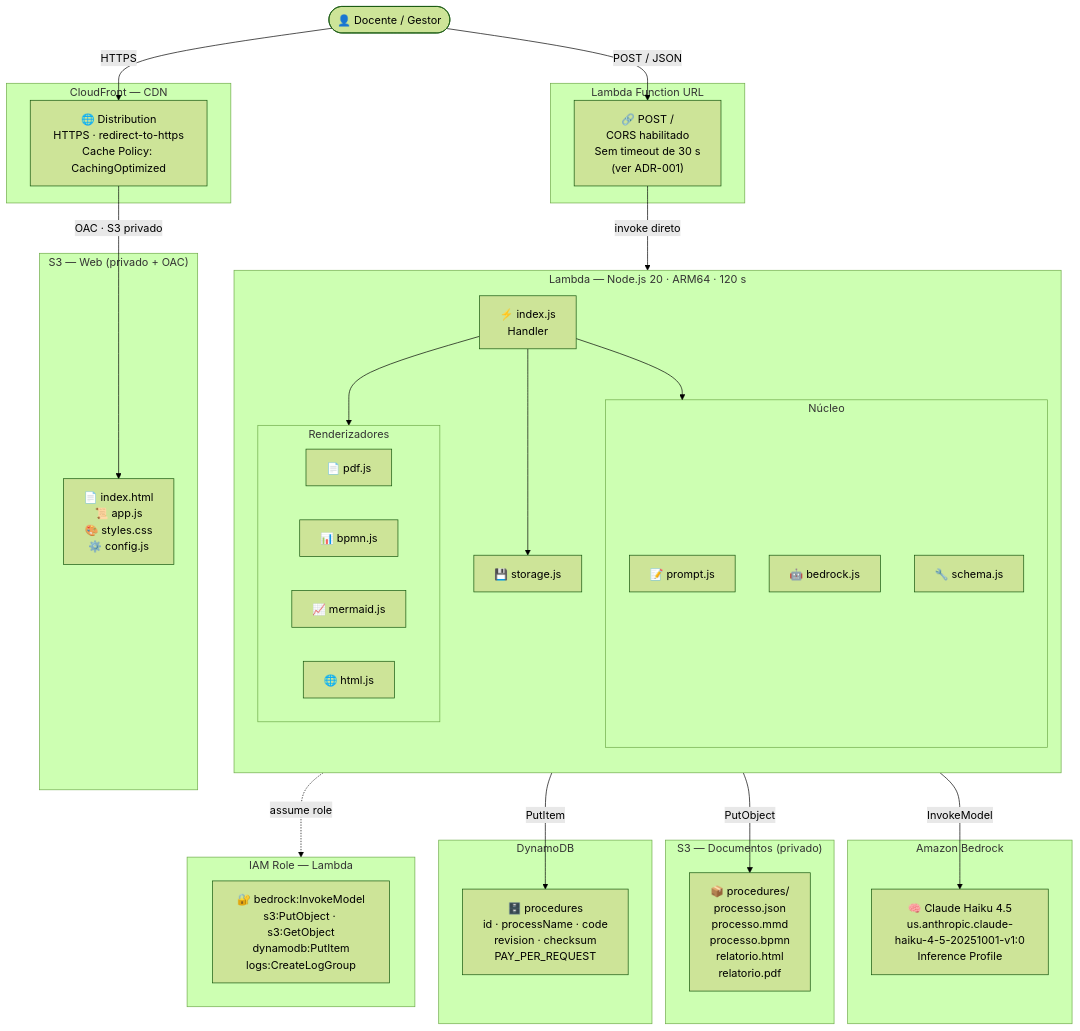
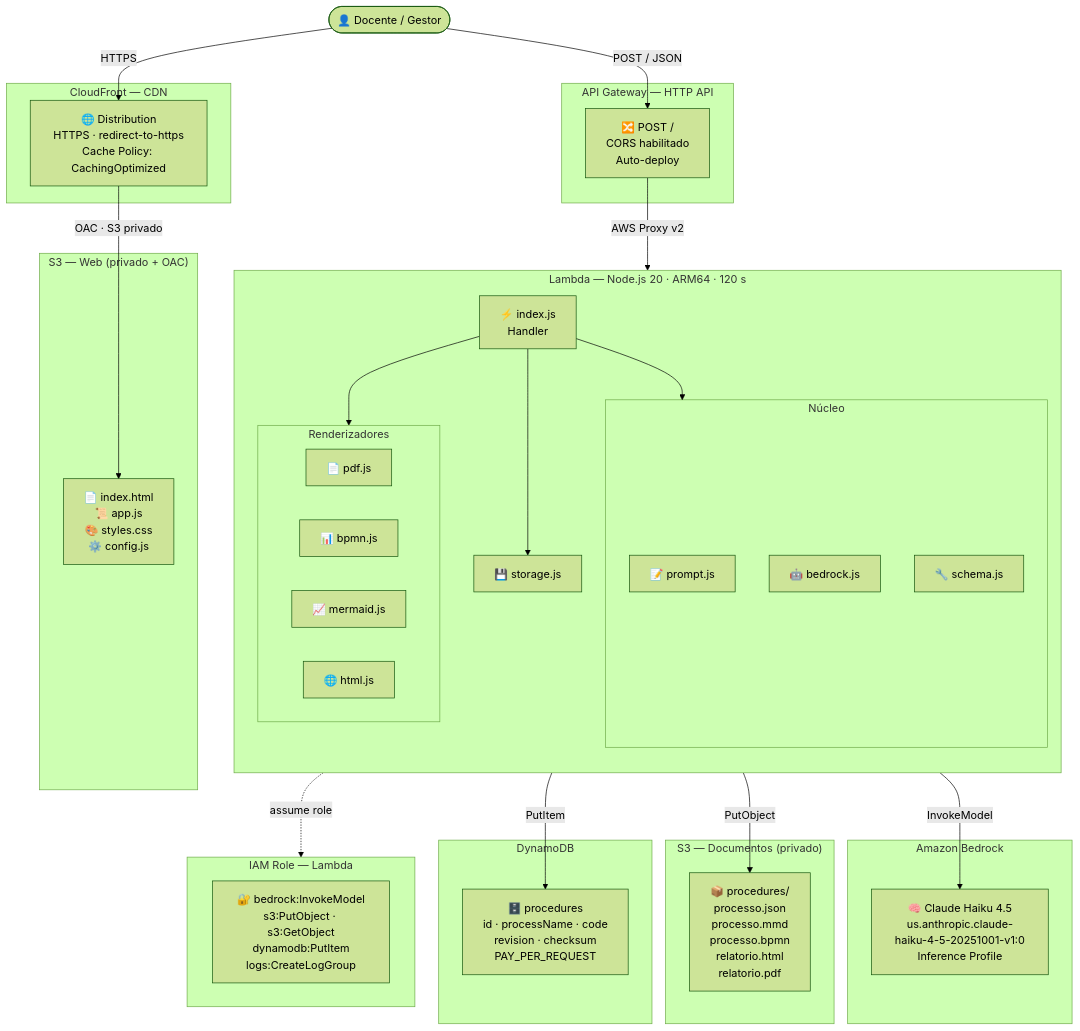
Before and after one commit to rafae1xavier/pop-ia: the fourth of 5 diagrams in README.md, drawn with Mermaid (forest theme). The commit also changed other lines of this file and 1 other file, not shown here.

Commit message:
docs: reverter diagramas para API Gateway e remover ADR-001

````diff
--- a/README.md
+++ b/README.md
@@ -94,61 +94,61 @@
 ```mermaid
 flowchart TB
   user(["👤 Docente / Gestor"])
 
   subgraph CDN ["CloudFront — CDN"]
     cf["🌐 Distribution\nHTTPS · redirect-to-https\nCache Policy: CachingOptimized"]
   end
 
   subgraph S3W ["S3 — Web (privado + OAC)"]
     s3w["📄 index.html\n📜 app.js\n🎨 styles.css\n⚙️ config.js"]
   end
 
-  subgraph FURL ["Lambda Function URL"]
-    furl["🔗 POST /\nCORS habilitado\nSem timeout de 30 s\n(ver ADR-001)"]
+  subgraph APIGW ["API Gateway — HTTP API"]
+    apigw["🔀 POST /\nCORS habilitado\nAuto-deploy"]
   end
 
   subgraph LAMBDA ["Lambda — Node.js 20 · ARM64 · 120 s"]
     direction TB
     handler["⚡ index.js\nHandler"]
     subgraph CORE ["Núcleo"]
       prompt_m["📝 prompt.js"]
       bedrock_m["🤖 bedrock.js"]
       schema_m["🔧 schema.js"]
     end
     subgraph RENDERERS ["Renderizadores"]
       pdf_m["📄 pdf.js"]
       bpmn_m["📊 bpmn.js"]
       mmd_m["📈 mermaid.js"]
       html_m["🌐 html.js"]
     end
     storage_m["💾 storage.js"]
     handler --> CORE
     handler --> RENDERERS
     handler --> storage_m
   end
 
   subgraph BEDROCK ["Amazon Bedrock"]
     model["🧠 Claude Haiku 4.5\nus.anthropic.claude-haiku-4-5-20251001-v1:0\nInference Profile"]
   end
 
   subgraph S3D ["S3 — Documentos (privado)"]
     docs["📦 procedures/\n  processo.json\n  processo.mmd\n  processo.bpmn\n  relatorio.html\n  relatorio.pdf"]
   end
 
   subgraph DDB ["DynamoDB"]
     table["🗄️ procedures\nid · processName · code\nrevision · checksum\nPAY_PER_REQUEST"]
   end
 
   subgraph IAM ["IAM Role — Lambda"]
     iam["🔐 bedrock:InvokeModel\ns3:PutObject · s3:GetObject\ndynamodb:PutItem\nlogs:CreateLogGroup"]
   end
 
   user -->|"HTTPS"| cf
   cf -->|"OAC · S3 privado"| s3w
-  user -->|"POST / JSON"| furl
-  furl -->|"invoke direto"| handler
+  user -->|"POST / JSON"| apigw
+  apigw -->|"AWS Proxy v2"| handler
   bedrock_m -->|"InvokeModel"| model
   storage_m -->|"PutObject"| docs
   storage_m -->|"PutItem"| table
   LAMBDA -.->|"assume role"| IAM
 ```
````
